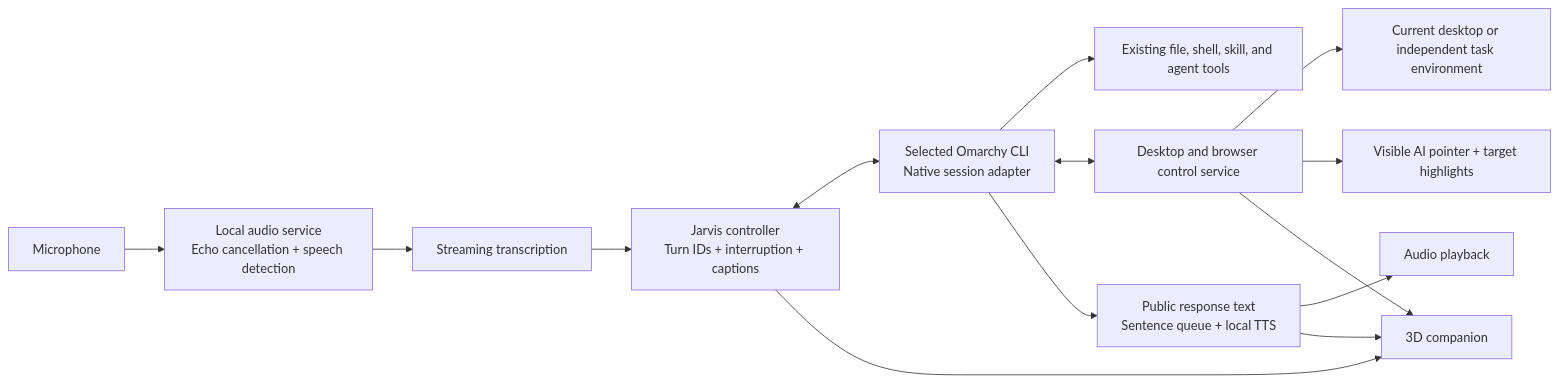
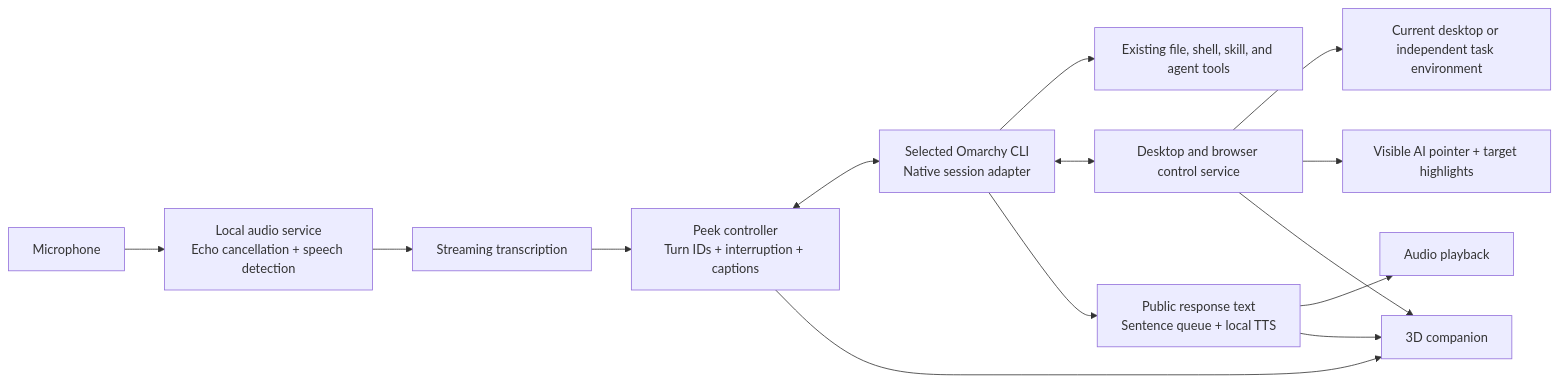
One commit to baileyrosen3/side-chat changed the diagram in JARVIS_PLAN.md. Above: the diagram before and after it, drawn with Mermaid. The commit also changed other lines of this file and 89 other files, not shown here.

````diff
--- a/JARVIS_PLAN.md
+++ b/JARVIS_PLAN.md
@@ -34,16 +34,16 @@
 ```mermaid
 flowchart LR
     Mic[Microphone] --> Audio[Local audio service\nEcho cancellation + speech detection]
     Audio --> STT[Streaming transcription]
-    STT --> Controller[Jarvis controller\nTurn IDs + interruption + captions]
+    STT --> Controller[Peek controller\nTurn IDs + interruption + captions]
     Controller <--> Agent[Selected Omarchy CLI\nNative session adapter]
     Agent --> Existing[Existing file, shell, skill, and agent tools]
     Agent <--> Control[Desktop and browser control service]
     Control --> Apps[Current desktop or independent task environment]
     Control --> Pointer[Visible AI pointer + target highlights]
     Agent --> Speech[Public response text\nSentence queue + local TTS]
     Speech --> Speaker[Audio playback]
     Controller --> Buddy[3D companion]
     Speech --> Buddy
     Control --> Buddy
 ```
````
